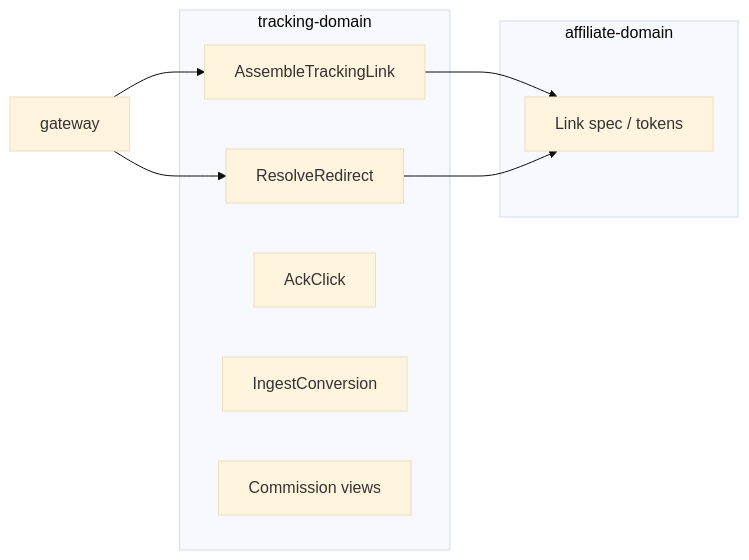
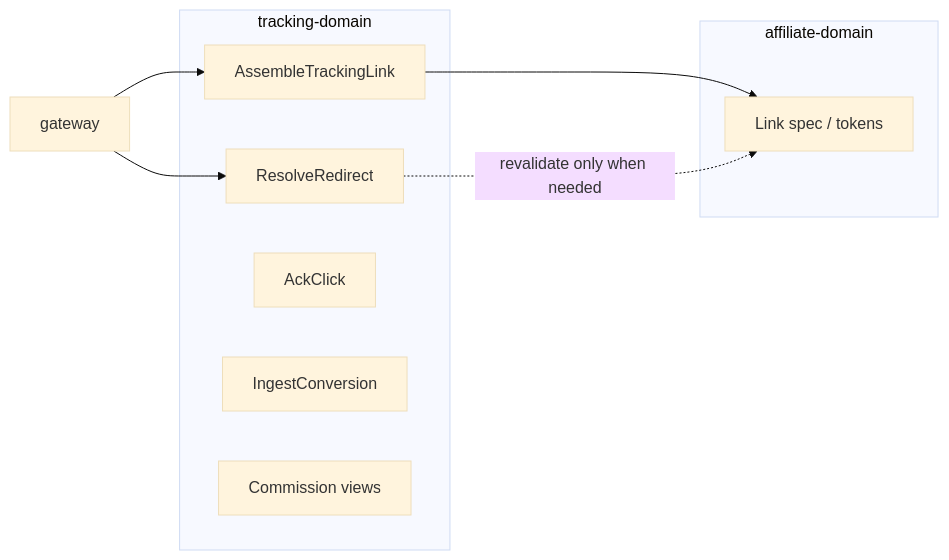
The diagram in services/tracking-domain/docs/api.md (ShinanWu/simple_living), drawn with Mermaid (base theme) before and after one commit. The commit also changed other lines of this file and 13 other files, not shown here.

````diff
--- a/services/tracking-domain/docs/api.md
+++ b/services/tracking-domain/docs/api.md
@@ -426,18 +458,18 @@
 ```mermaid
 flowchart LR
   subgraph tracking["tracking-domain"]
     ASM[AssembleTrackingLink]
     REDIR[ResolveRedirect]
     CLK[AckClick]
     CONV[IngestConversion]
     VIEW[Commission views]
   end
   subgraph affiliate["affiliate-domain"]
     SPEC[Link spec / tokens]
   end
   GW[gateway]
   GW --> ASM
   GW --> REDIR
   ASM --> SPEC
-  REDIR --> SPEC
+  REDIR -.revalidate only when needed.-> SPEC
 ```
````
